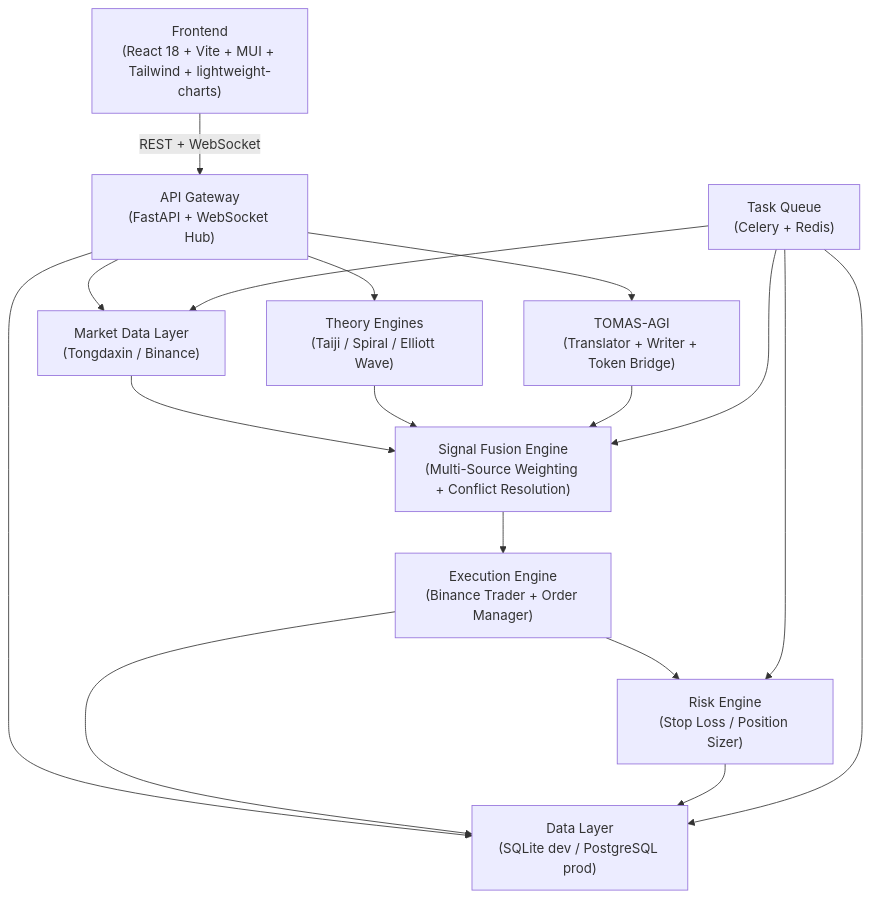
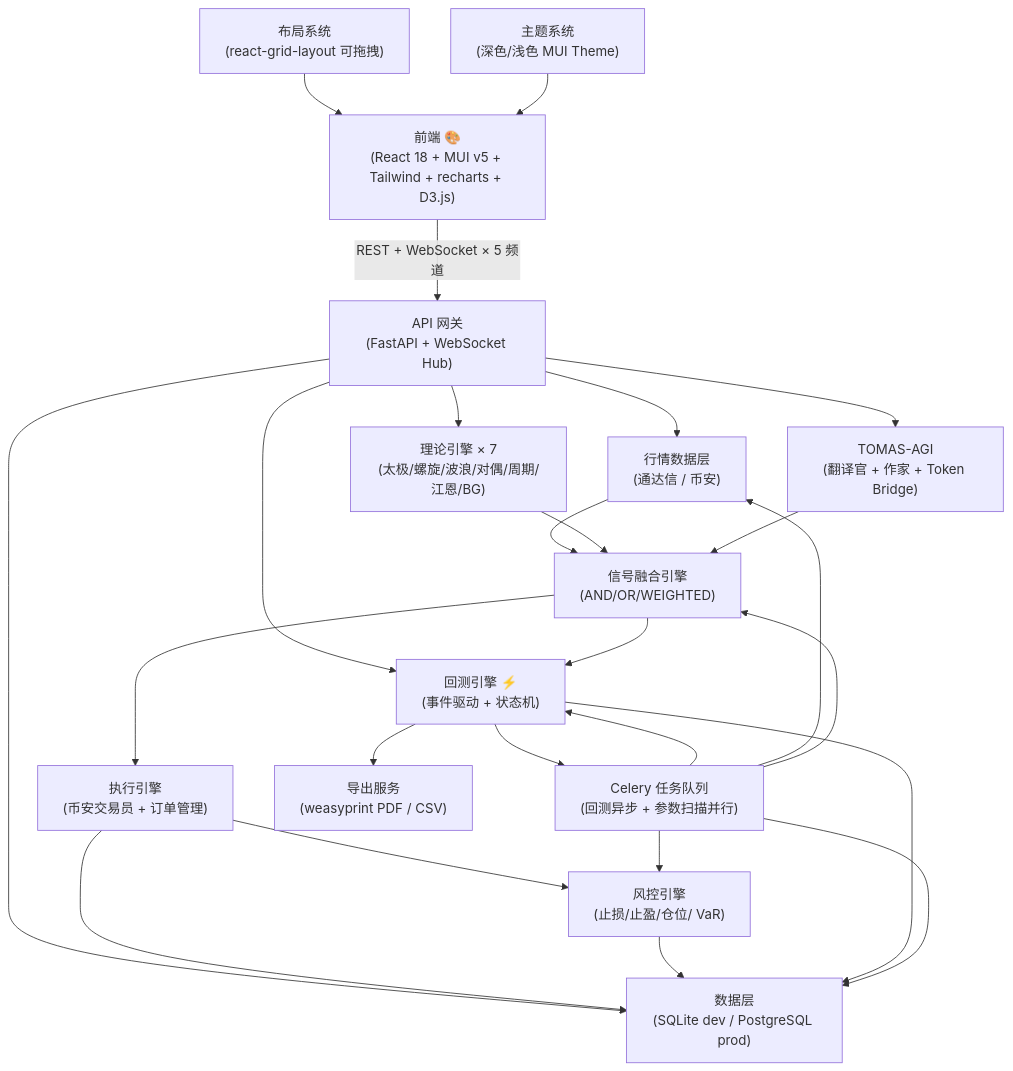
One commit to lisoleg/sun-dasheng changed the first of 3 diagrams in README.md. Above: the diagram before and after it, drawn with Mermaid. The commit also changed other lines of this file and 85 other files, not shown here.

First line of the commit message:
feat: 孙大圣 Phase 2 — Web UI 重设计 + 回测引擎（第一批）

````diff
--- a/README.md
+++ b/README.md
@@ -53,30 +66,42 @@
 ```mermaid
 graph TD
-    FE["Frontend<br/>(React 18 + Vite + MUI + Tailwind + lightweight-charts)"]
-    API["API Gateway<br/>(FastAPI + WebSocket Hub)"]
-    MD["Market Data Layer<br/>(Tongdaxin / Binance)"]
-    TE["Theory Engines<br/>(Taiji / Spiral / Elliott Wave)"]
-    TOMAS["TOMAS-AGI<br/>(Translator + Writer + Token Bridge)"]
-    SF["Signal Fusion Engine<br/>(Multi-Source Weighting + Conflict Resolution)"]
-    EX["Execution Engine<br/>(Binance Trader + Order Manager)"]
-    RE["Risk Engine<br/>(Stop Loss / Position Sizer)"]
-    CQ["Task Queue<br/>(Celery + Redis)"]
-    DB["Data Layer<br/>(SQLite dev / PostgreSQL prod)"]
+    FE["前端 🎨<br/>(React 18 + MUI v5 + Tailwind + recharts + D3.js)"]
+    LAYOUT["布局系统<br/>(react-grid-layout 可拖拽)"]
+    THEME["主题系统<br/>(深色/浅色 MUI Theme)"]
+    API["API 网关<br/>(FastAPI + WebSocket Hub)"]
+    MD["行情数据层<br/>(通达信 / 币安)"]
+    TE["理论引擎 × 7<br/>(太极/螺旋/波浪/对偶/周期/江恩/BG)"]
+    TOMAS["TOMAS-AGI<br/>(翻译官 + 作家 + Token Bridge)"]
+    SF["信号融合引擎<br/>(AND/OR/WEIGHTED)"]
+    BE["回测引擎 ⚡<br/>(事件驱动 + 状态机)"]
+    CELERY["Celery 任务队列<br/>(回测异步 + 参数扫描并行)"]
+    EX["执行引擎<br/>(币安交易员 + 订单管理)"]
+    RE["风控引擎<br/>(止损/止盈/仓位/ VaR)"]
+    DB["数据层<br/>(SQLite dev / PostgreSQL prod)"]
+    EXPORT["导出服务<br/>(weasyprint PDF / CSV)"]
 
-    FE -->|REST + WebSocket| API
+    FE -->|REST + WebSocket × 5 频道| API
+    LAYOUT --> FE
+    THEME --> FE
     API --> MD
     API --> TE
     API --> TOMAS
+    API --> BE
     MD --> SF
     TE --> SF
     TOMAS --> SF
+    SF --> BE
+    BE --> CELERY
+    BE --> EXPORT
+    CELERY --> BE
     SF --> EX
     EX --> RE
-    CQ --> MD
-    CQ --> SF
-    CQ --> RE
+    CELERY --> MD
+    CELERY --> SF
+    CELERY --> RE
     API --> DB
     EX --> DB
     RE --> DB
-    CQ --> DB
+    BE --> DB
+    CELERY --> DB
 ```
````
